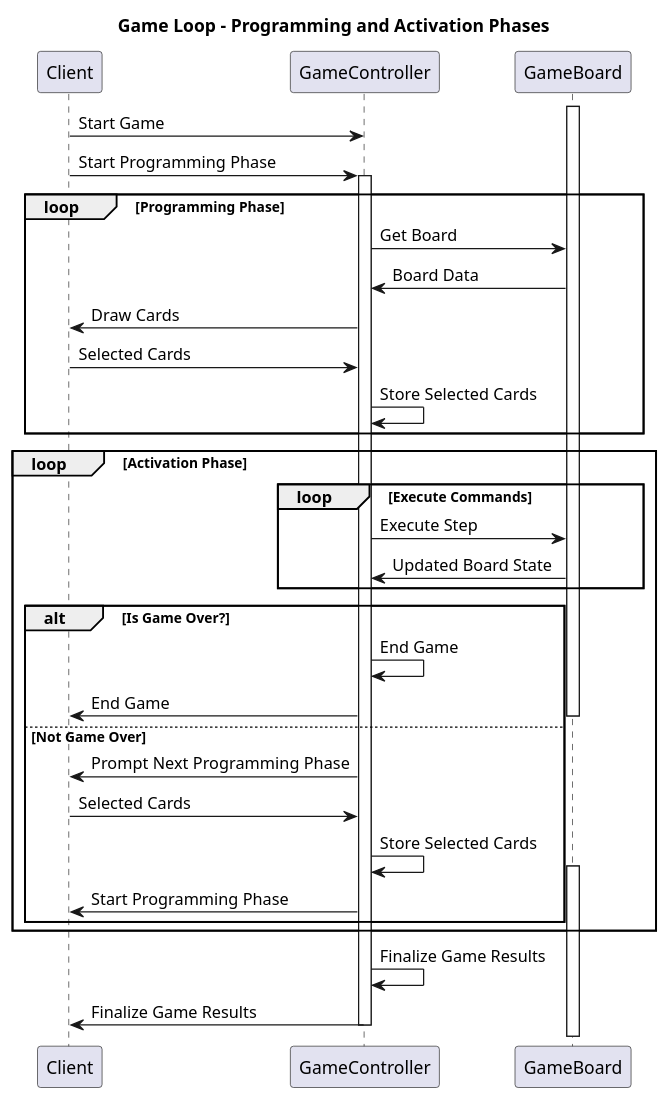
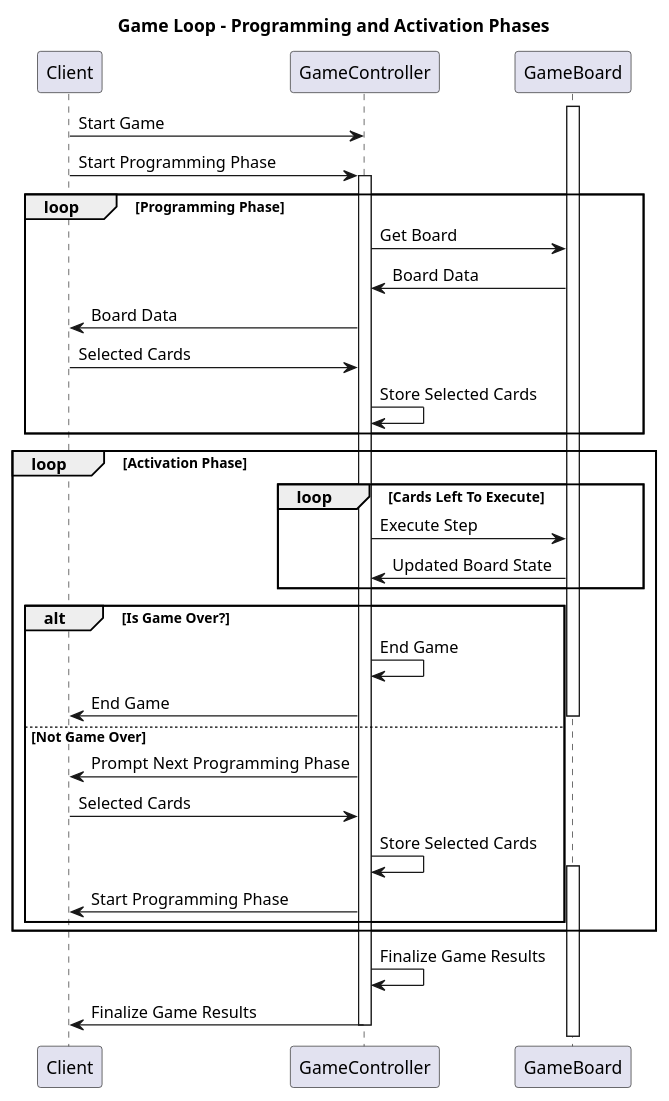
The diagram in documentation/plantuml/Sequence diagrams/sequence diagram.puml (xdTobs/_18_roborally), drawn with PlantUML before and after one commit. The commit also changed 18 other files, not shown here.

```diff
--- a/documentation/plantuml/Sequence diagrams/sequence diagram.puml
+++ b/documentation/plantuml/Sequence diagrams/sequence diagram.puml
@@ -1,45 +1,45 @@
 @startuml
 title Game Loop - Programming and Activation Phases
 
 participant Client
 participant GameController
 participant GameBoard
 
 Client -> GameController: Start Game
 Client -> GameController: Start Programming Phase
 activate GameController
 
 loop Programming Phase
     GameController -> GameBoard: Get Board
     GameBoard -> GameController: Board Data
-    GameController -> Client: Draw Cards
+    GameController -> Client: Board Data
     Client -> GameController: Selected Cards
     GameController -> GameController: Store Selected Cards
 end
 
 
 
 activate GameBoard
 loop Activation Phase
-    loop Execute Commands
+    loop Cards Left To Execute
         GameController -> GameBoard: Execute Step
         GameBoard -> GameController: Updated Board State
     end
 
     alt Is Game Over?
         GameController -> GameController: End Game
         GameController -> Client: End Game
         deactivate GameBoard
     else Not Game Over
         GameController -> Client: Prompt Next Programming Phase
         Client -> GameController: Selected Cards
         GameController -> GameController: Store Selected Cards
         activate GameBoard
         GameController -> Client: Start Programming Phase
     end
 end
 
 GameController -> GameController: Finalize Game Results
 GameController -> Client: Finalize Game Results
 deactivate GameController
 @enduml
```
